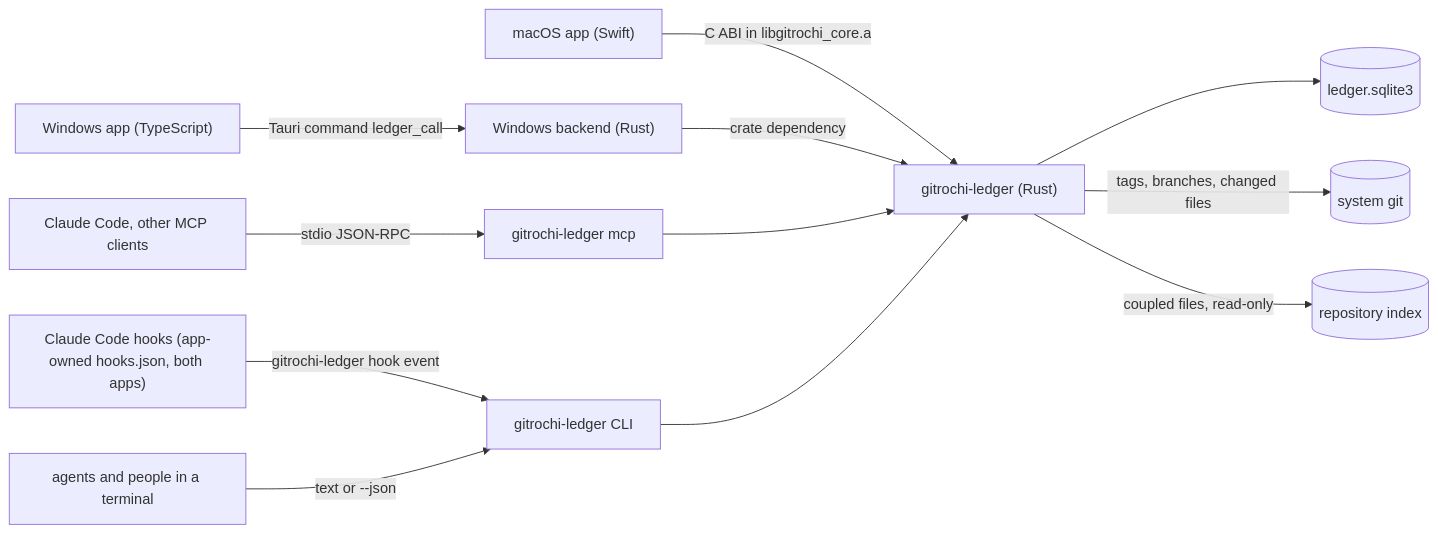
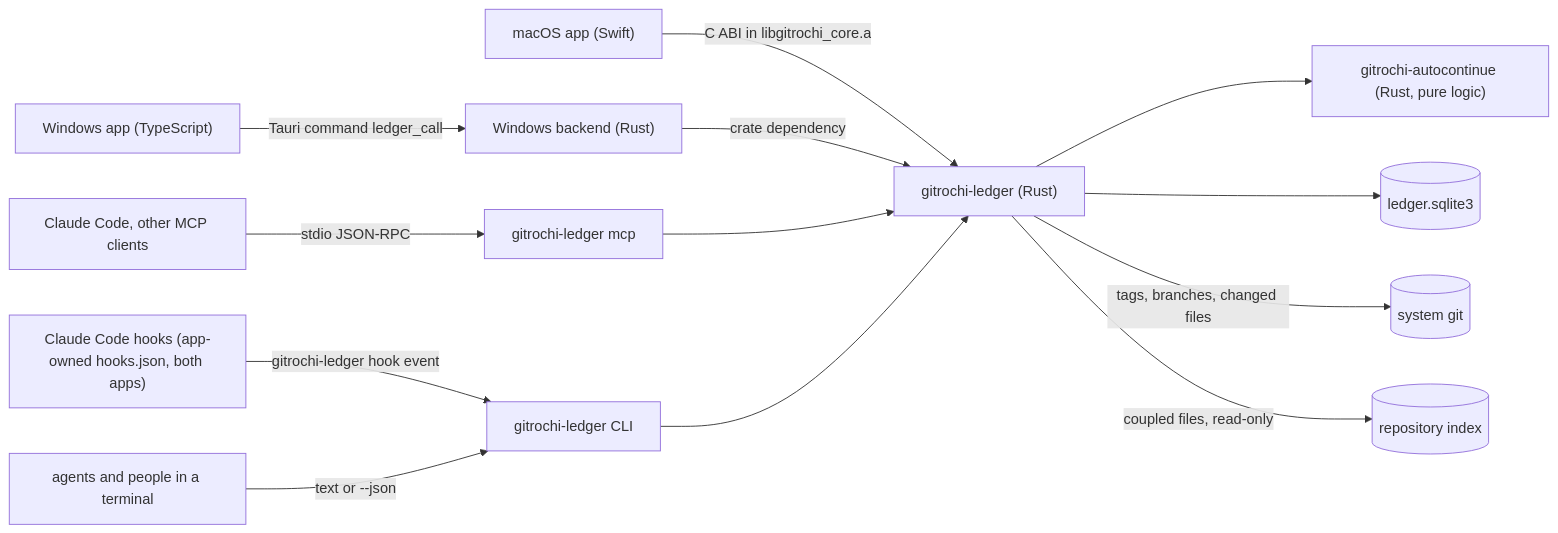
Before and after one commit to Gitrochi/Gitrochi: the diagram in docs/ledger/DESIGN.md, drawn with Mermaid. The commit also changed other lines of this file, not shown here.

````diff
--- a/docs/ledger/DESIGN.md
+++ b/docs/ledger/DESIGN.md
@@ -71,18 +81,20 @@
 ```mermaid
 flowchart LR
     core["gitrochi-ledger (Rust)"]
+    auto["gitrochi-autocontinue (Rust, pure logic)"]
     cli["gitrochi-ledger CLI"]
     mcp["gitrochi-ledger mcp"]
     tauri["Windows backend (Rust)"]
     mac["macOS app (Swift)"] -->|C ABI in libgitrochi_core.a| core
     win["Windows app (TypeScript)"] -->|Tauri command ledger_call| tauri
     tauri -->|crate dependency| core
     hooks["Claude Code hooks (app-owned hooks.json, both apps)"] -->|gitrochi-ledger hook event| cli
     agent["Claude Code, other MCP clients"] -->|stdio JSON-RPC| mcp
     shell["agents and people in a terminal"] -->|text or --json| cli
     mcp --> core
     cli --> core
+    core --> auto
     core --> db[("ledger.sqlite3")]
     core -->|tags, branches, changed files| git[("system git")]
     core -->|coupled files, read-only| index[("repository index")]
 ```
````
